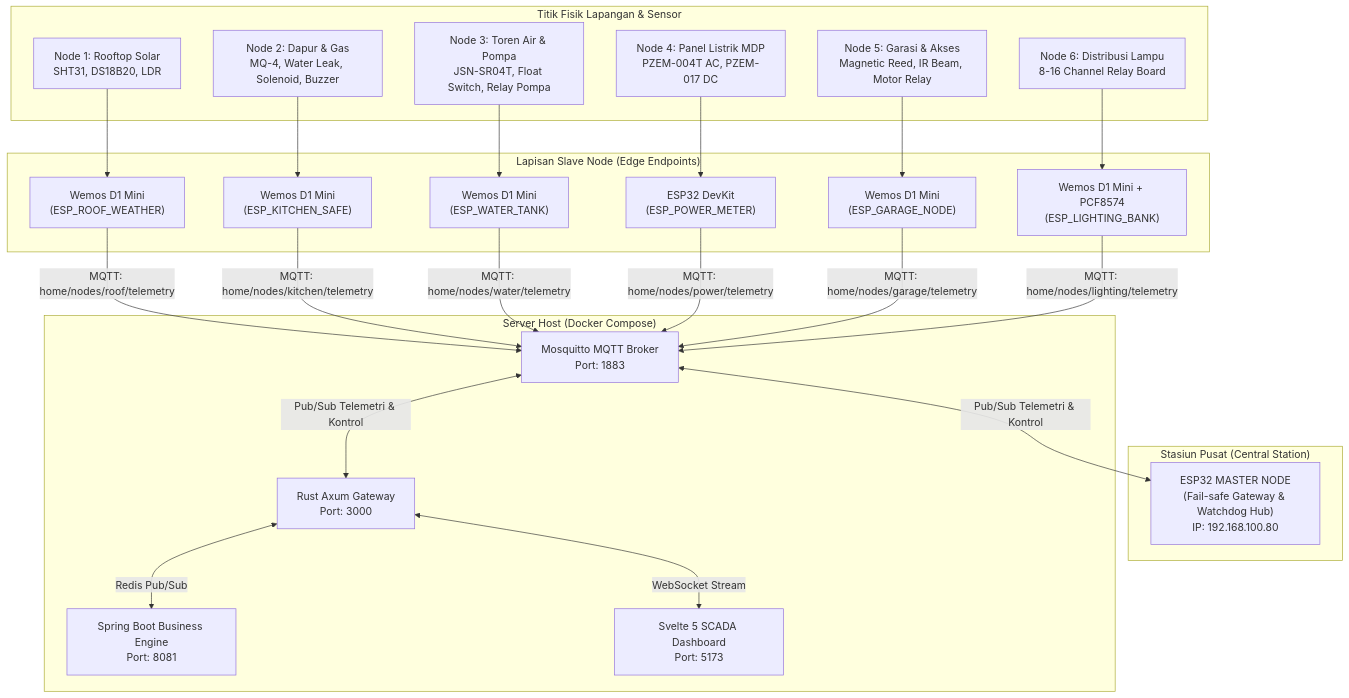
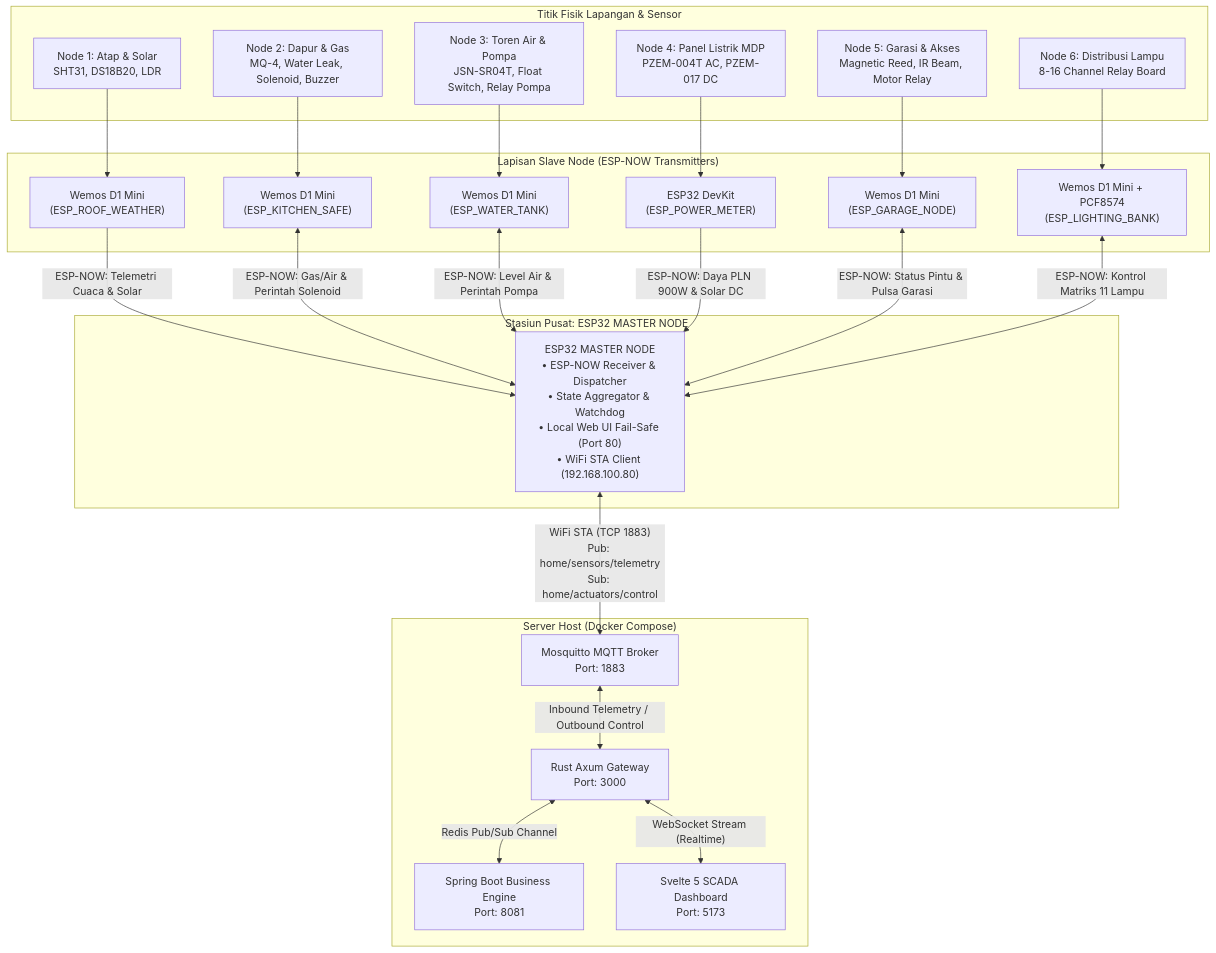
One commit to Hilal06/home-iot-control-center changed the first of 4 diagrams in docs/architecture/slave-nodes-specification.md. Above: the diagram before and after it, drawn with Mermaid. The commit also changed other lines of this file, not shown here.

Commit message:
docs(architecture): update slave nodes to use direct esp-now hub-and-spoke topology

````diff
--- a/docs/architecture/slave-nodes-specification.md
+++ b/docs/architecture/slave-nodes-specification.md
@@ -30,50 +38,50 @@
 ```mermaid
 graph TD
     subgraph SENSORS_PHYSICAL["Titik Fisik Lapangan & Sensor"]
-        S_ROOF["Node 1: Rooftop Solar<br/>SHT31, DS18B20, LDR"]
+        S_ROOF["Node 1: Atap & Solar<br/>SHT31, DS18B20, LDR"]
         S_KITCHEN["Node 2: Dapur & Gas<br/>MQ-4, Water Leak, Solenoid, Buzzer"]
         S_WATER["Node 3: Toren Air & Pompa<br/>JSN-SR04T, Float Switch, Relay Pompa"]
         S_POWER["Node 4: Panel Listrik MDP<br/>PZEM-004T AC, PZEM-017 DC"]
         S_GARAGE["Node 5: Garasi & Akses<br/>Magnetic Reed, IR Beam, Motor Relay"]
         S_LIGHTS["Node 6: Distribusi Lampu<br/>8-16 Channel Relay Board"]
     end
 
-    subgraph SLAVE_LAYER["Lapisan Slave Node (Edge Endpoints)"]
+    subgraph SLAVE_LAYER["Lapisan Slave Node (ESP-NOW Transmitters)"]
         N1["Wemos D1 Mini<br/>(ESP_ROOF_WEATHER)"]
         N2["Wemos D1 Mini<br/>(ESP_KITCHEN_SAFE)"]
         N3["Wemos D1 Mini<br/>(ESP_WATER_TANK)"]
         N4["ESP32 DevKit<br/>(ESP_POWER_METER)"]
         N5["Wemos D1 Mini<br/>(ESP_GARAGE_NODE)"]
         N6["Wemos D1 Mini + PCF8574<br/>(ESP_LIGHTING_BANK)"]
     end
 
-    subgraph MASTER_LAYER["Stasiun Pusat (Central Station)"]
-        ESP_MASTER["ESP32 MASTER NODE<br/>(Fail-safe Gateway & Watchdog Hub)<br/>IP: 192.168.100.80"]
+    subgraph MASTER_LAYER["Stasiun Pusat: ESP32 MASTER NODE"]
+        ESP_MASTER["ESP32 MASTER NODE<br/>• ESP-NOW Receiver & Dispatcher<br/>• State Aggregator & Watchdog<br/>• Local Web UI Fail-Safe (Port 80)<br/>• WiFi STA Client (192.168.100.80)"]
     end
 
     subgraph SERVER_LAYER["Server Host (Docker Compose)"]
         MQTT_BROKER["Mosquitto MQTT Broker<br/>Port: 1883"]
         RUST_GATEWAY["Rust Axum Gateway<br/>Port: 3000"]
         SPRING_ENGINE["Spring Boot Business Engine<br/>Port: 8081"]
         SCADA_UI["Svelte 5 SCADA Dashboard<br/>Port: 5173"]
     end
 
     S_ROOF --> N1
     S_KITCHEN --> N2
     S_WATER --> N3
     S_POWER --> N4
     S_GARAGE --> N5
     S_LIGHTS --> N6
 
-    N1 -->|MQTT: home/nodes/roof/telemetry| MQTT_BROKER
-    N2 -->|MQTT: home/nodes/kitchen/telemetry| MQTT_BROKER
-    N3 -->|MQTT: home/nodes/water/telemetry| MQTT_BROKER
-    N4 -->|MQTT: home/nodes/power/telemetry| MQTT_BROKER
-    N5 -->|MQTT: home/nodes/garage/telemetry| MQTT_BROKER
-    N6 -->|MQTT: home/nodes/lighting/telemetry| MQTT_BROKER
+    N1 -->|"ESP-NOW: Telemetri Cuaca & Solar"| ESP_MASTER
+    N2 <-->|"ESP-NOW: Gas/Air & Perintah Solenoid"| ESP_MASTER
+    N3 <-->|"ESP-NOW: Level Air & Perintah Pompa"| ESP_MASTER
+    N4 -->|"ESP-NOW: Daya PLN 900W & Solar DC"| ESP_MASTER
+    N5 <-->|"ESP-NOW: Status Pintu & Pulsa Garasi"| ESP_MASTER
+    N6 <-->|"ESP-NOW: Kontrol Matriks 11 Lampu"| ESP_MASTER
 
-    MQTT_BROKER <-->|Pub/Sub Telemetri & Kontrol| ESP_MASTER
-    MQTT_BROKER <-->|Pub/Sub Telemetri & Kontrol| RUST_GATEWAY
-    RUST_GATEWAY <-->|Redis Pub/Sub| SPRING_ENGINE
-    RUST_GATEWAY <-->|WebSocket Stream| SCADA_UI
+    ESP_MASTER <-->|"WiFi STA (TCP 1883)<br/>Pub: home/sensors/telemetry<br/>Sub: home/actuators/control"| MQTT_BROKER
+    MQTT_BROKER <-->|"Inbound Telemetry / Outbound Control"| RUST_GATEWAY
+    RUST_GATEWAY <-->|"Redis Pub/Sub Channel"| SPRING_ENGINE
+    RUST_GATEWAY <-->|"WebSocket Stream (Realtime)"| SCADA_UI
 ```
````
